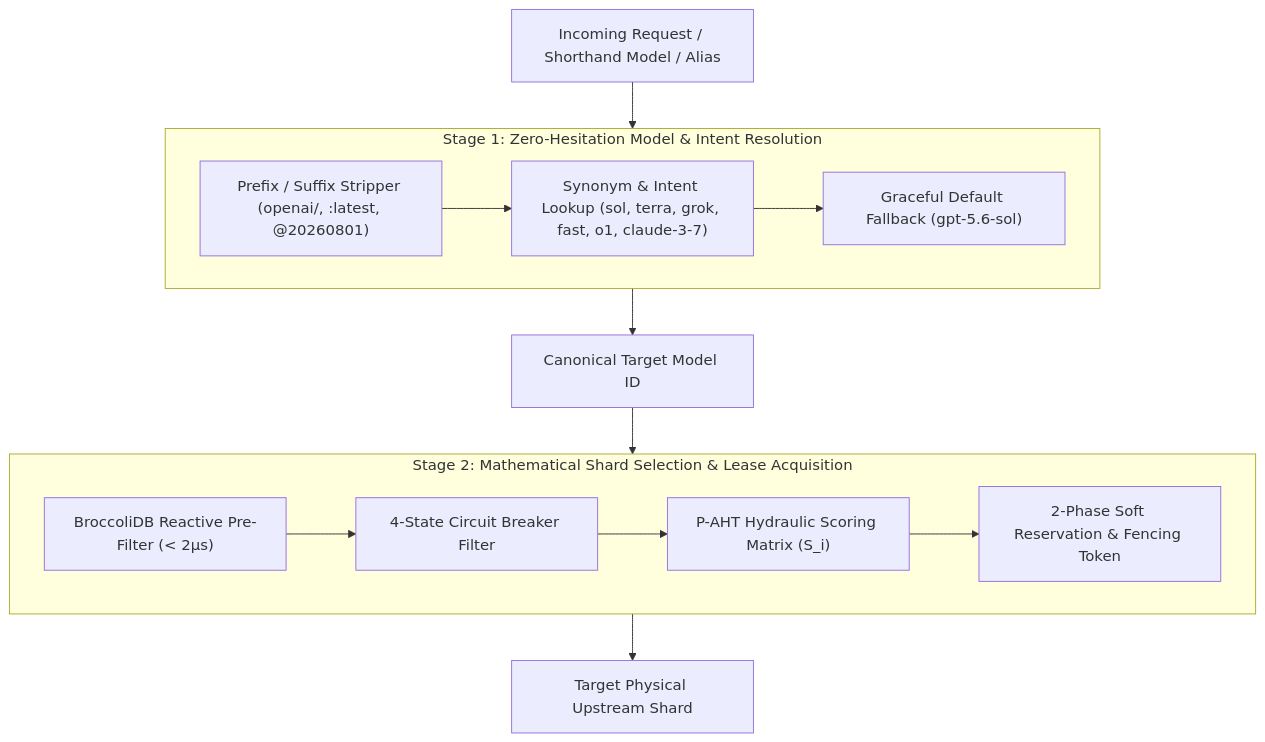
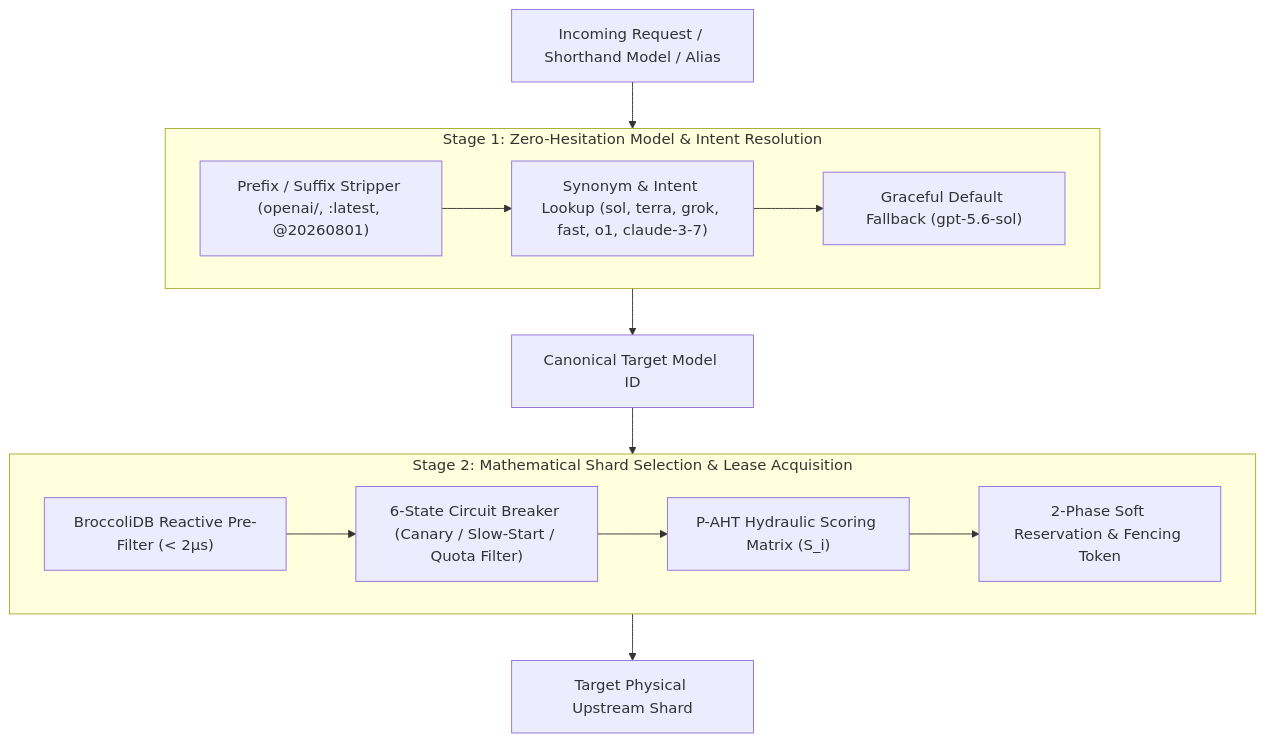
The first of 2 diagrams in docs/ROUTING_ALGORITHMS.md (CardSorting/GALXAI), drawn with Mermaid before and after one commit. The commit also changed other lines of this file and 19 other files, not shown here.

````diff
--- a/docs/ROUTING_ALGORITHMS.md
+++ b/docs/ROUTING_ALGORITHMS.md
@@ -13,24 +13,24 @@
 ```mermaid
 flowchart TD
     ClientReq["Incoming Request / Shorthand Model / Alias"] --> Stage1
     
     subgraph Stage1["Stage 1: Zero-Hesitation Model & Intent Resolution"]
         Strip["Prefix / Suffix Stripper (openai/, :latest, @20260801)"]
         Synonym["Synonym & Intent Lookup (sol, terra, grok, fast, o1, claude-3-7)"]
         FallbackModel["Graceful Default Fallback (gpt-5.6-sol)"]
         Strip --> Synonym --> FallbackModel
     end
     
     Stage1 --> CanonicalModel["Canonical Target Model ID"]
     CanonicalModel --> Stage2
     
     subgraph Stage2["Stage 2: Mathematical Shard Selection & Lease Acquisition"]
         BDB["BroccoliDB Reactive Pre-Filter (< 2µs)"]
-        BreakerFilter["4-State Circuit Breaker Filter"]
+        BreakerFilter["6-State Circuit Breaker (Canary / Slow-Start / Quota Filter)"]
         PAHT["P-AHT Hydraulic Scoring Matrix (S_i)"]
         SoftReserve["2-Phase Soft Reservation & Fencing Token"]
         BDB --> BreakerFilter --> PAHT --> SoftReserve
     end
     
     Stage2 --> ExecutionShard["Target Physical Upstream Shard"]
 ```
````
